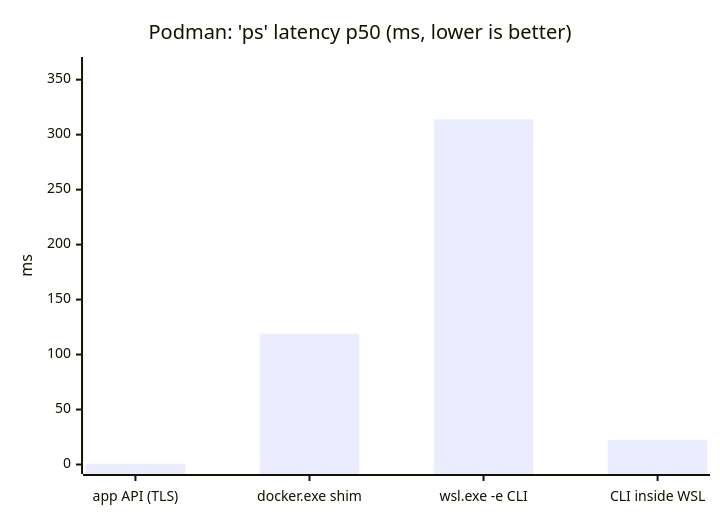
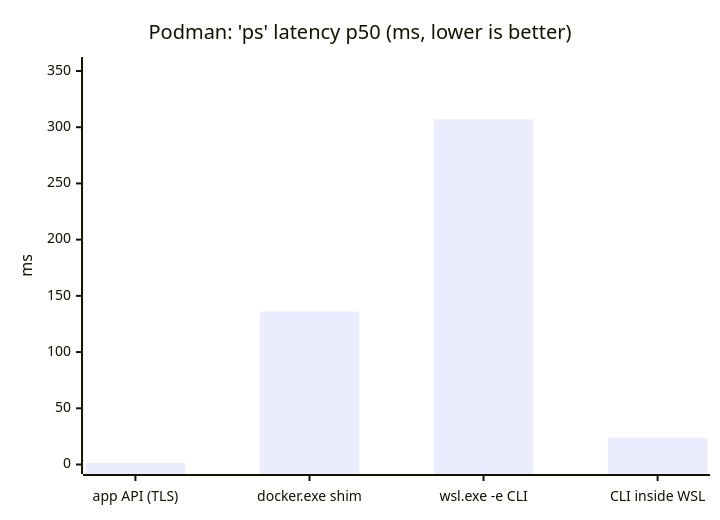
The diagram in docs/BENCHMARK.md (dyeabel/WSL-Desktop-Container), drawn with Mermaid before and after one commit. The commit also changed other lines of this file and 2 other files, not shown here.

````diff
--- a/docs/BENCHMARK.md
+++ b/docs/BENCHMARK.md
@@ -73,7 +66,7 @@
 ```mermaid
 xychart-beta
     title "Podman: 'ps' latency p50 (ms, lower is better)"
     x-axis ["app API (TLS)", "docker.exe shim", "wsl.exe -e CLI", "CLI inside WSL"]
-    y-axis "ms" 0 --> 362
-    bar [0.7, 119, 314, 22.4]
+    y-axis "ms" 0 --> 354
+    bar [1.3, 136, 307, 23.9]
 ```
````
